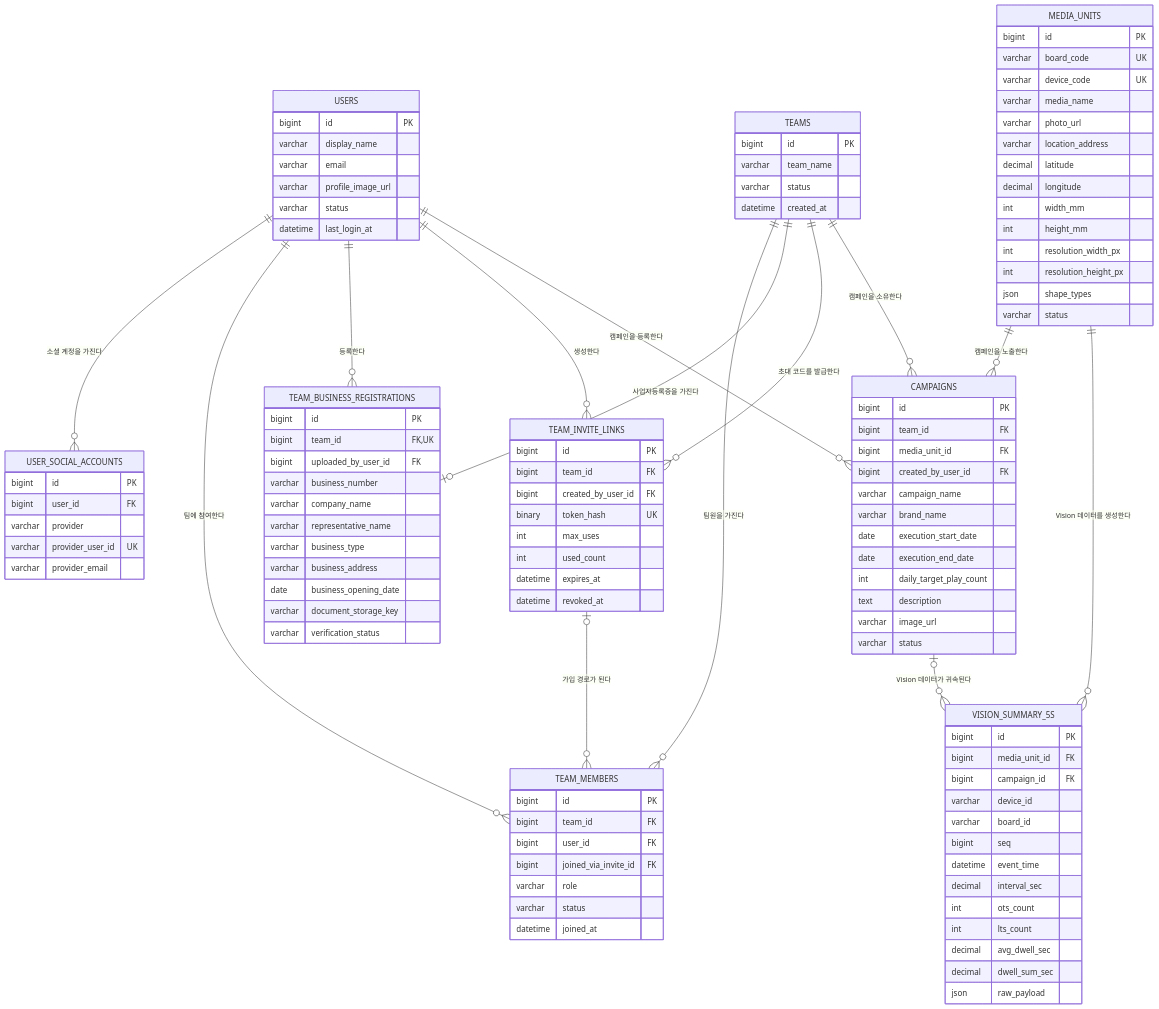
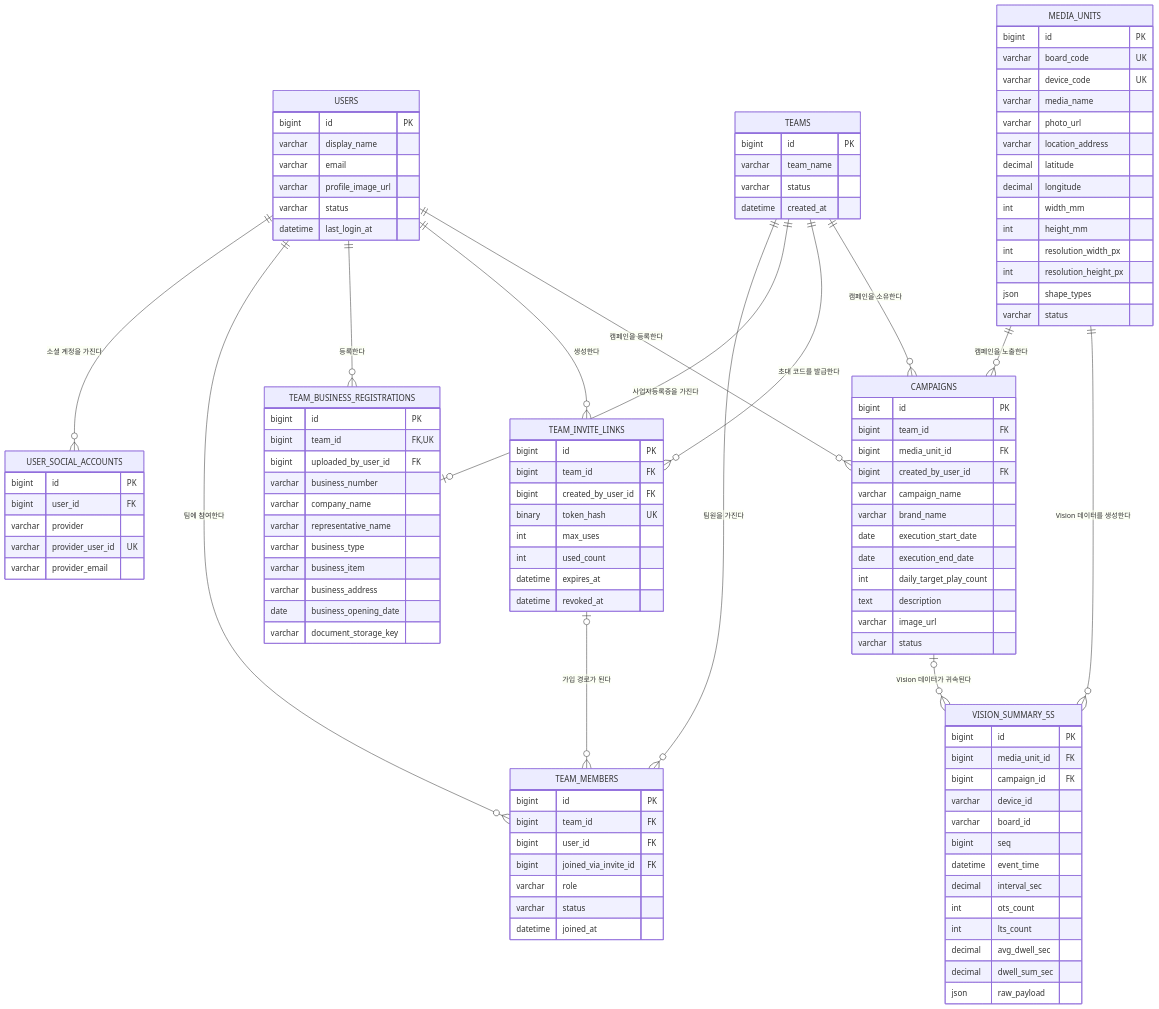
One commit to Shinhan-KLLJS/backend changed the diagram in docs/mvp-database-erd.md. Above: the diagram before and after it, drawn with Mermaid. The commit also changed other lines of this file and 3 other files, not shown here.

```diff
--- a/docs/mvp-database-erd.md
+++ b/docs/mvp-database-erd.md
@@ -91,10 +91,10 @@
         varchar company_name
         varchar representative_name
         varchar business_type
+        varchar business_item
         varchar business_address
         date business_opening_date
         varchar document_storage_key
-        varchar verification_status
     }
 
     TEAM_INVITE_LINKS {
```
